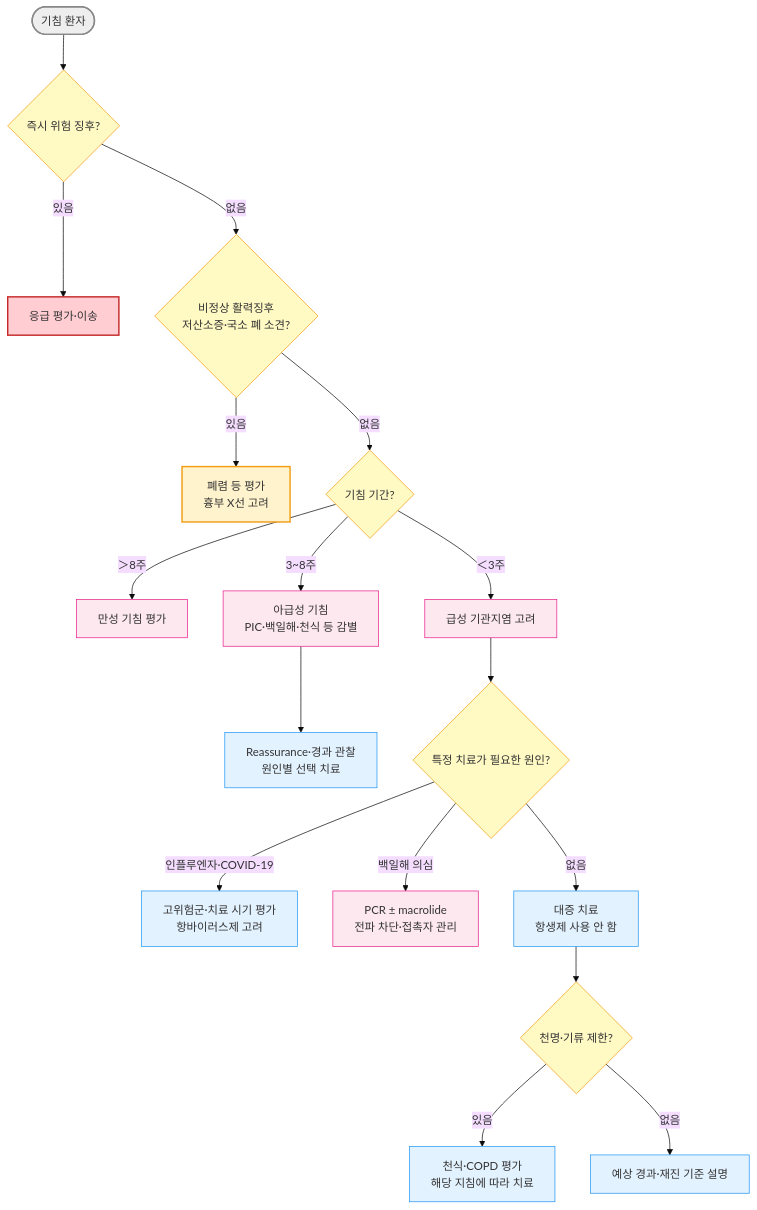
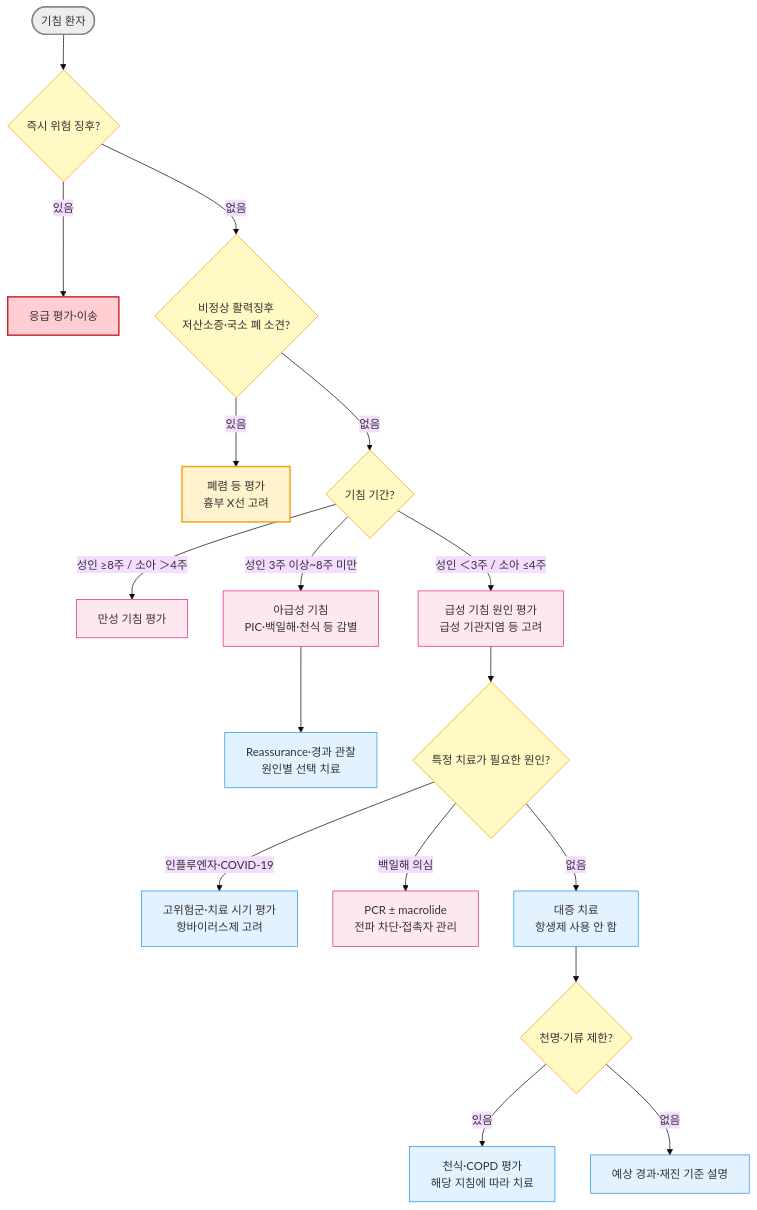
The diagram in 223_/066_-acute-bronchitis.md (familyoh77/familyoh77), drawn with Mermaid (base theme) before and after one commit. The commit also changed other lines of this file and 1 other file, not shown here.

````diff
--- a/223_/066_-acute-bronchitis.md
+++ b/223_/066_-acute-bronchitis.md
@@ -104,29 +108,29 @@
 ```mermaid
 graph TD
     A([기침 환자]) --> B{즉시 위험 징후?}
     B -- "있음" --> C[응급 평가·이송]
     B -- "없음" --> D{비정상 활력징후<br/>저산소증·국소 폐 소견?}
     D -- "있음" --> E[폐렴 등 평가<br/>흉부 X선 고려]
     D -- "없음" --> F{기침 기간?}
-    F -- "＞8주" --> CC[만성 기침 평가]
-    F -- "3~8주" --> PIC[아급성 기침<br/>PIC·백일해·천식 등 감별]
-    F -- "＜3주" --> G[급성 기관지염 고려]
+    F -- "성인 ≥8주 / 소아 ＞4주" --> CC[만성 기침 평가]
+    F -- "성인 3주 이상~8주 미만" --> PIC[아급성 기침<br/>PIC·백일해·천식 등 감별]
+    F -- "성인 ＜3주 / 소아 ≤4주" --> G[급성 기침 원인 평가<br/>급성 기관지염 등 고려]
     PIC --> PIC2[Reassurance·경과 관찰<br/>원인별 선택 치료]
     G --> H{특정 치료가 필요한 원인?}
     H -- "인플루엔자·COVID-19" --> AV[고위험군·치료 시기 평가<br/>항바이러스제 고려]
     H -- "백일해 의심" --> P[PCR ± macrolide<br/>전파 차단·접촉자 관리]
     H -- "없음" --> SUP[대증 치료<br/>항생제 사용 안 함]
     SUP --> SX{천명·기류 제한?}
     SX -- "있음" --> AIR[천식·COPD 평가<br/>해당 지침에 따라 치료]
     SX -- "없음" --> FU[예상 경과·재진 기준 설명]
 style A fill:#eeeeee,stroke:#888888,stroke-width:2px
 classDef yellow fill:#fff9c4,stroke:#f39c12
 class B,D,F,H,SX yellow
 classDef pink fill:#fde8f0,stroke:#e91e8c
 class CC,PIC,G,P pink
 classDef sky fill:#e3f2ff,stroke:#2196f3
 class PIC2,AV,SUP,AIR,FU sky
     style C fill:#ffcdd2,stroke:#c62828,stroke-width:2px
     style E fill:#fff3cd,stroke:#f39c12,stroke-width:2px
 
 ```
````
